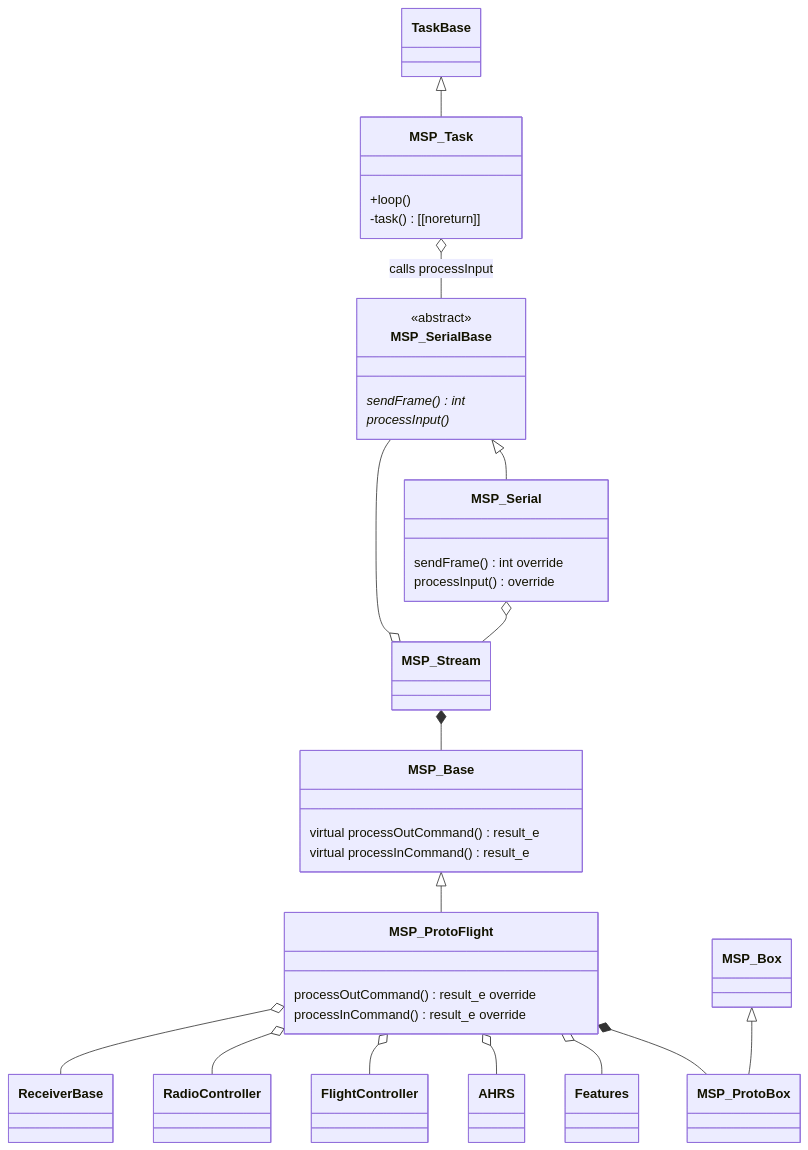
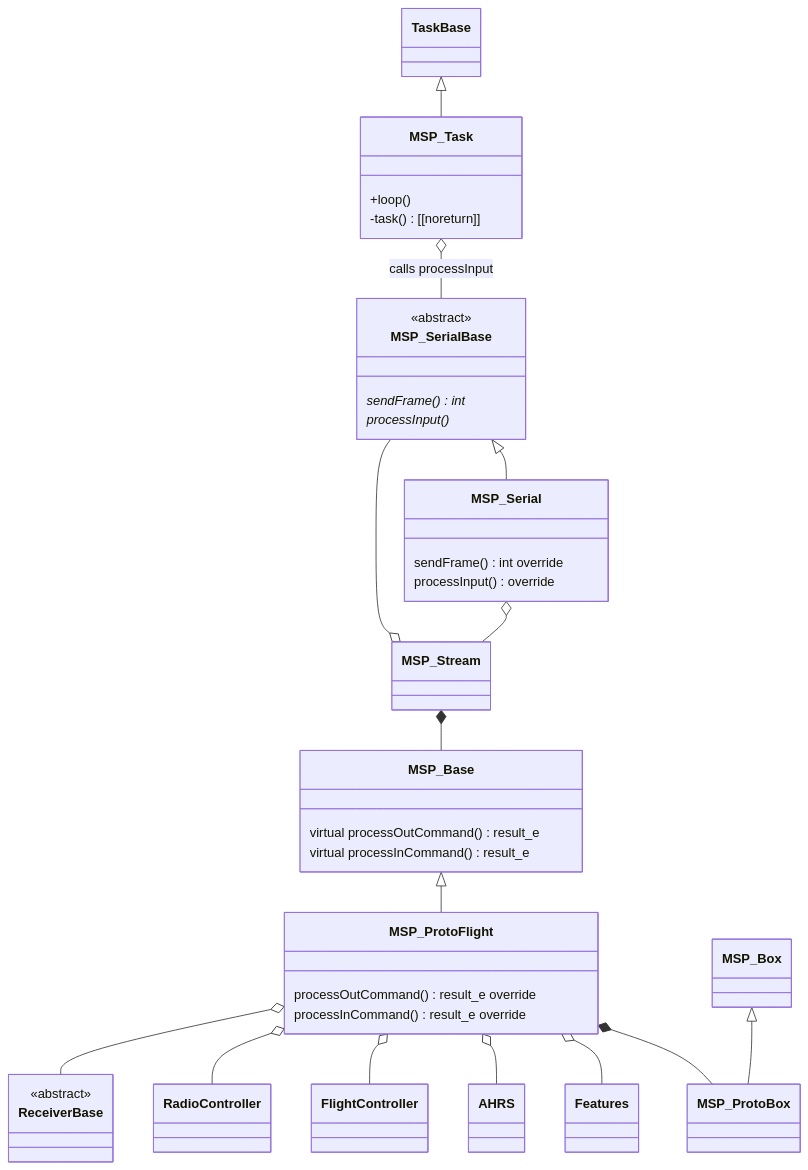
One commit to martinbudden/Protoflight changed the fourth of 5 diagrams in README.md. Above: the diagram before and after it, drawn with Mermaid. The commit also changed other lines of this file, not shown here.

Commit message:
Updated class diagrams.

````diff
--- a/README.md
+++ b/README.md
@@ -519,44 +530,47 @@
 ```mermaid
 classDiagram
     class MSP_SerialBase {
         <<abstract>>
         sendFrame() int *
         processInput() *
     }
     class MSP_Base {
         virtual processOutCommand() result_e
         virtual processInCommand() result_e
     }
     class MSP_Stream {
     }
     MSP_Stream *-- MSP_Base
     MSP_Stream o-- MSP_SerialBase
 
     MSP_SerialBase <|-- MSP_Serial
     class MSP_Serial {
         sendFrame() int override
         processInput() override
     }
     MSP_Serial o-- MSP_Stream
 
     MSP_Base <|-- MSP_ProtoFlight
     class MSP_ProtoFlight {
         processOutCommand() result_e override
         processInCommand() result_e override
     }
     MSP_ProtoFlight *-- MSP_ProtoBox
     MSP_ProtoFlight o-- Features
     MSP_ProtoFlight o-- AHRS
     MSP_ProtoFlight o-- FlightController
     MSP_ProtoFlight o-- RadioController
+    class ReceiverBase {
+        <<abstract>>
+    }
     MSP_ProtoFlight o-- ReceiverBase
 
     MSP_Box <|-- MSP_ProtoBox
 
     TaskBase <|-- MSP_Task
     class MSP_Task {
         +loop()
         -task() [[noreturn]]
     }
     MSP_Task o-- MSP_SerialBase : calls processInput
 ```
````
